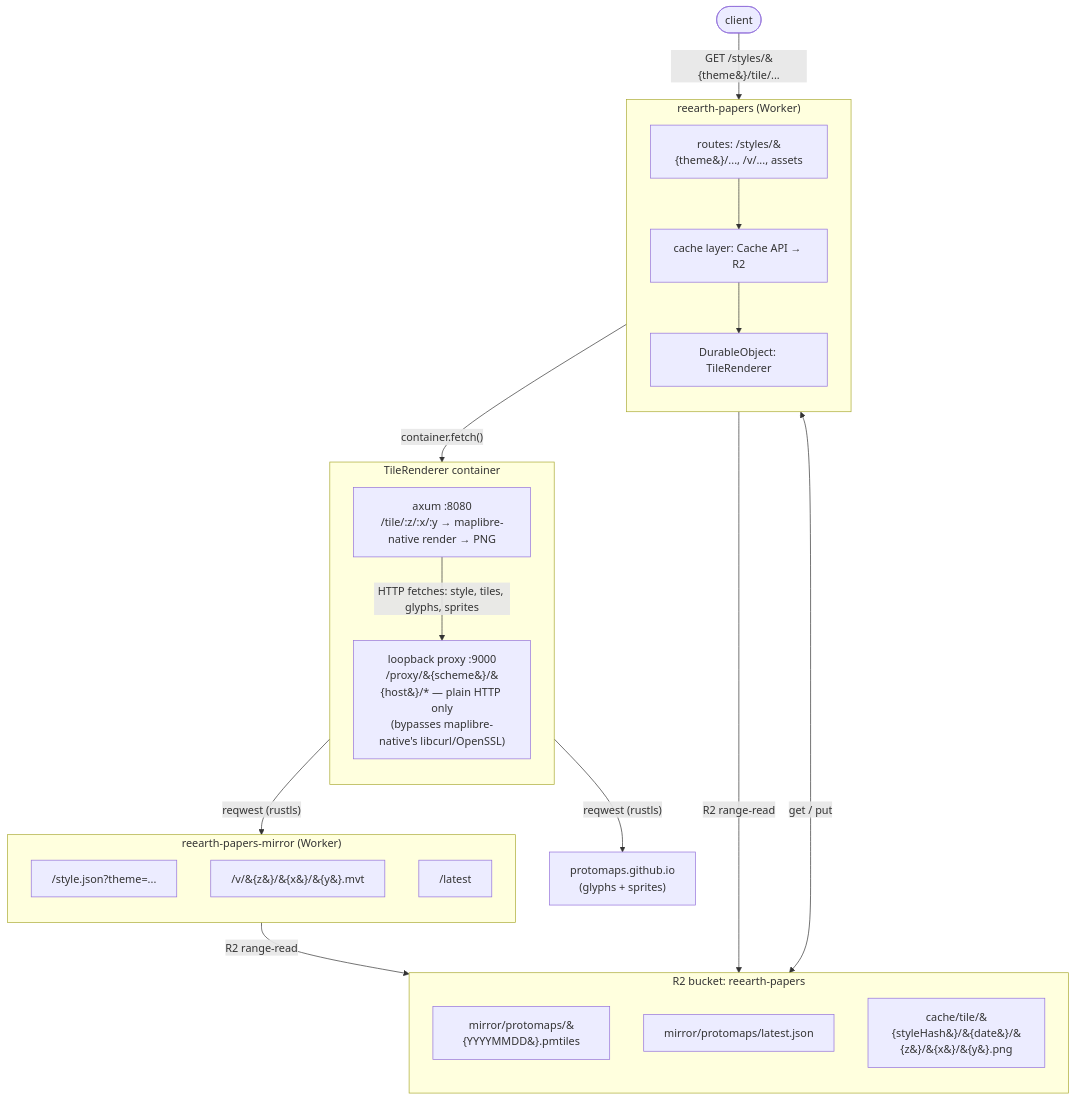
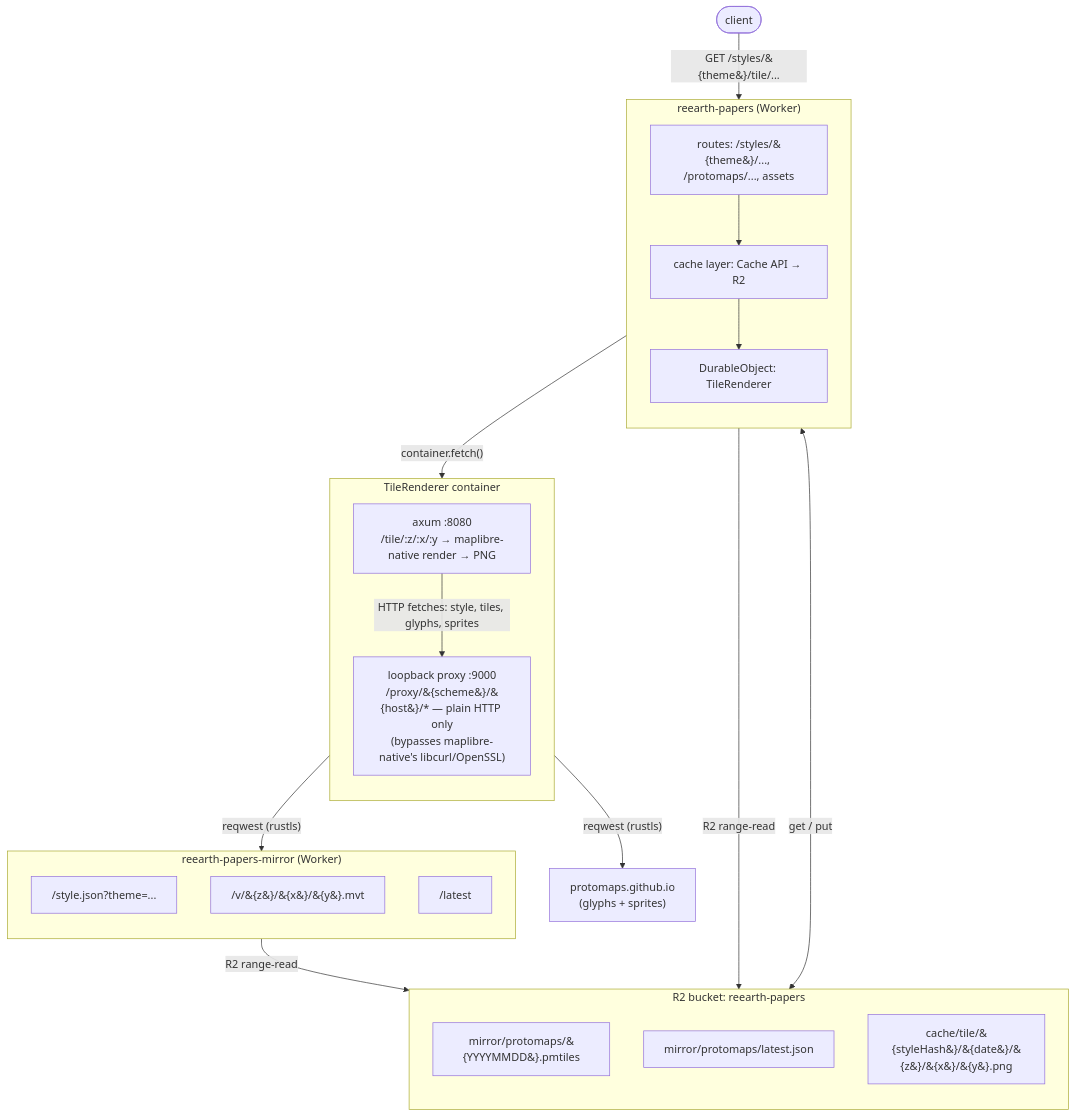
Before and after one commit to reearth/reearth-papers: the diagram in CONTRIBUTING.md, drawn with Mermaid. The commit also changed 5 other files, not shown here.

````diff
--- a/CONTRIBUTING.md
+++ b/CONTRIBUTING.md
@@ -9,43 +9,43 @@
 ```mermaid
 flowchart TD
   client([client])
 
   subgraph main["reearth-papers (Worker)"]
     direction TB
-    main_routes["routes: /styles/&#123;theme&#125;/..., /v/..., assets"]
+    main_routes["routes: /styles/&#123;theme&#125;/..., /protomaps/..., assets"]
     cache["cache layer: Cache API → R2"]
     do["DurableObject: TileRenderer"]
     main_routes --> cache --> do
   end
 
   subgraph container["TileRenderer container"]
     direction TB
     axum["axum :8080<br/>/tile/:z/:x/:y → maplibre-native render → PNG"]
     proxy["loopback proxy :9000<br/>/proxy/&#123;scheme&#125;/&#123;host&#125;/* — plain HTTP only<br/>(bypasses maplibre-native's libcurl/OpenSSL)"]
     axum -->|"HTTP fetches: style, tiles, glyphs, sprites"| proxy
   end
 
   subgraph mirror["reearth-papers-mirror (Worker)"]
     direction TB
     m_style["/style.json?theme=..."]
     m_v["/v/&#123;z&#125;/&#123;x&#125;/&#123;y&#125;.mvt"]
     m_latest["/latest"]
   end
 
   subgraph r2["R2 bucket: reearth-papers"]
     direction TB
     r2_archive["mirror/protomaps/&#123;YYYYMMDD&#125;.pmtiles"]
     r2_pointer["mirror/protomaps/latest.json"]
     r2_cache["cache/tile/&#123;styleHash&#125;/&#123;date&#125;/&#123;z&#125;/&#123;x&#125;/&#123;y&#125;.png"]
   end
 
   pubcdn["protomaps.github.io<br/>(glyphs + sprites)"]
 
   client -->|"GET /styles/&#123;theme&#125;/tile/..."| main_routes
   do -->|"container.fetch()"| axum
   proxy -->|"reqwest (rustls)"| mirror
   proxy -->|"reqwest (rustls)"| pubcdn
   main_routes -->|"R2 range-read"| r2_archive
   mirror -->|"R2 range-read"| r2_archive
   cache <-->|"get / put"| r2_cache
 ```
````
